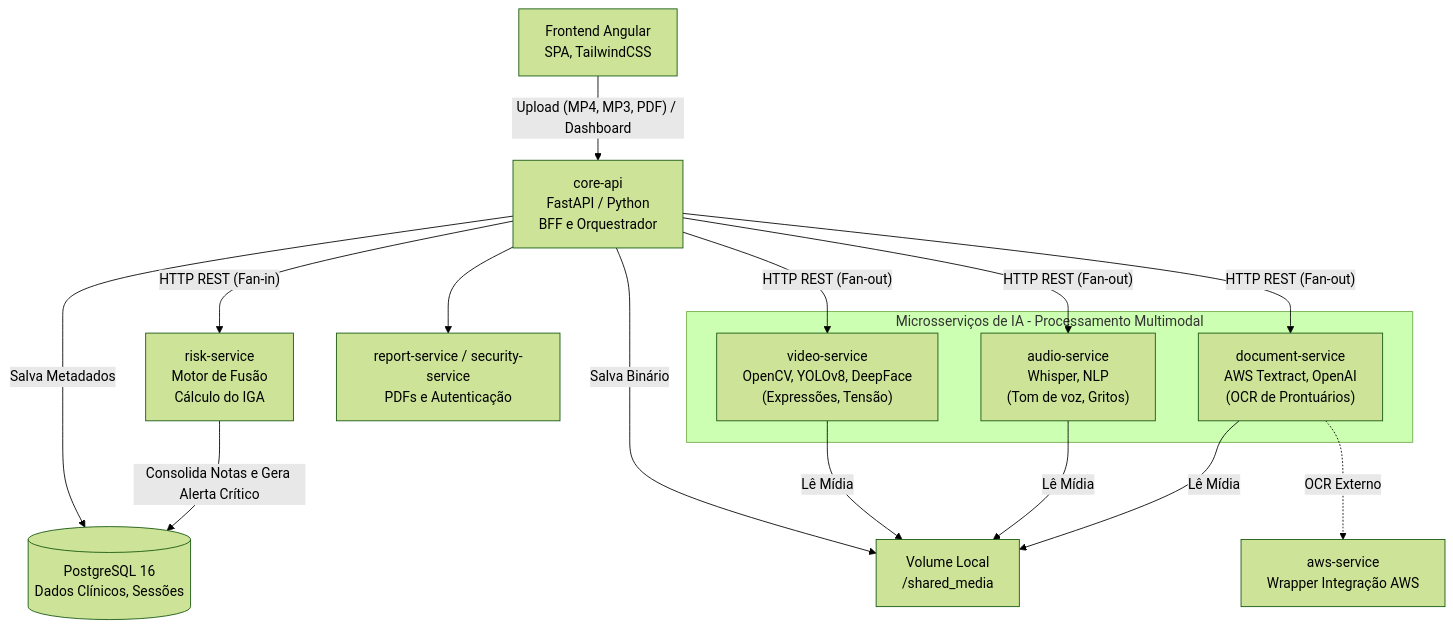
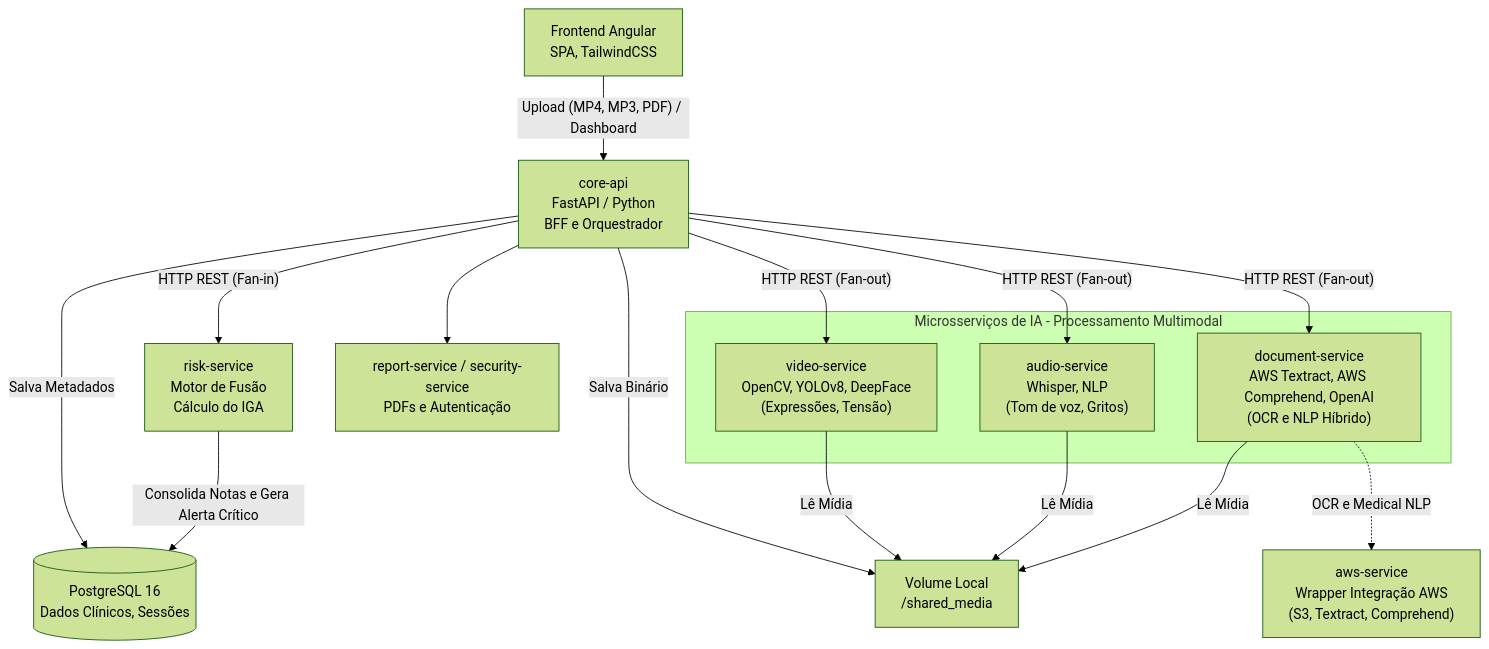
The diagram in docs/architecture/ARCHITECTURE.md (Wallace82/guardia-parto-seguro), drawn with Mermaid (forest theme) before and after one commit. The commit also changed other lines of this file and 2 other files, not shown here.

Commit message:
feat: add technical architecture documentation and integrate AWS Comprehend Medical with Whisper for multimodal analysis

````diff
--- a/docs/architecture/ARCHITECTURE.md
+++ b/docs/architecture/ARCHITECTURE.md
@@ -17,44 +17,44 @@
 ```mermaid
 flowchart TD
     %% Frontend
     Client["Frontend Angular\nSPA, TailwindCSS"]
 
     %% Gateway & Core
     Gateway["core-api\nFastAPI / Python\nBFF e Orquestrador"]
     
     %% Databases
     DB[("PostgreSQL 16\nDados Clínicos, Sessões")]
     Storage["Volume Local\n/shared_media"]
 
     %% AI Workers
     subgraph AI_Domains [Microsserviços de IA - Processamento Multimodal]
         Video["video-service\nOpenCV, YOLOv8, DeepFace\n(Expressões, Tensão)"]
         Audio["audio-service\nWhisper, NLP\n(Tom de voz, Gritos)"]
-        Doc["document-service\nAWS Textract, OpenAI\n(OCR de Prontuários)"]
+        Doc["document-service\nAWS Textract, AWS Comprehend, OpenAI\n(OCR e NLP Híbrido)"]
     end
 
     %% Fusion
     Risk["risk-service\nMotor de Fusão\nCálculo do IGA"]
-    AWS["aws-service\nWrapper Integração AWS"]
+    AWS["aws-service\nWrapper Integração AWS\n(S3, Textract, Comprehend)"]
     Outros["report-service / security-service\nPDFs e Autenticação"]
 
     %% Conexões Principais
     Client -- "Upload (MP4, MP3, PDF) / Dashboard" --> Gateway
     Gateway -- "Salva Metadados" --> DB
     Gateway -- "Salva Binário" --> Storage
     
     Gateway -- "HTTP REST (Fan-out)" --> Video
     Gateway -- "HTTP REST (Fan-out)" --> Audio
     Gateway -- "HTTP REST (Fan-out)" --> Doc
     
     Video -- "Lê Mídia" --> Storage
     Audio -- "Lê Mídia" --> Storage
     Doc -- "Lê Mídia" --> Storage
 
-    Doc -. "OCR Externo" .-> AWS
+    Doc -. "OCR e Medical NLP" .-> AWS
     
     Gateway -- "HTTP REST (Fan-in)" --> Risk
     Risk -- "Consolida Notas e Gera Alerta Crítico" --> DB
     
     Gateway --> Outros
 ```
````
